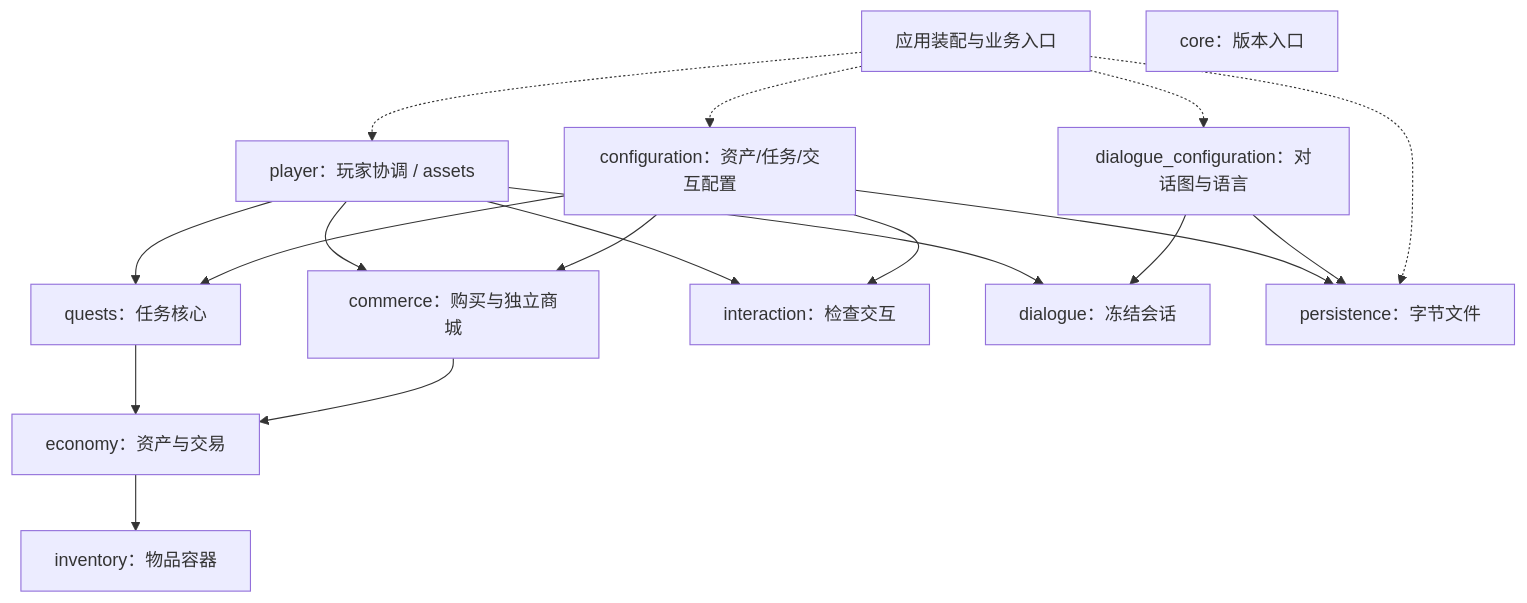
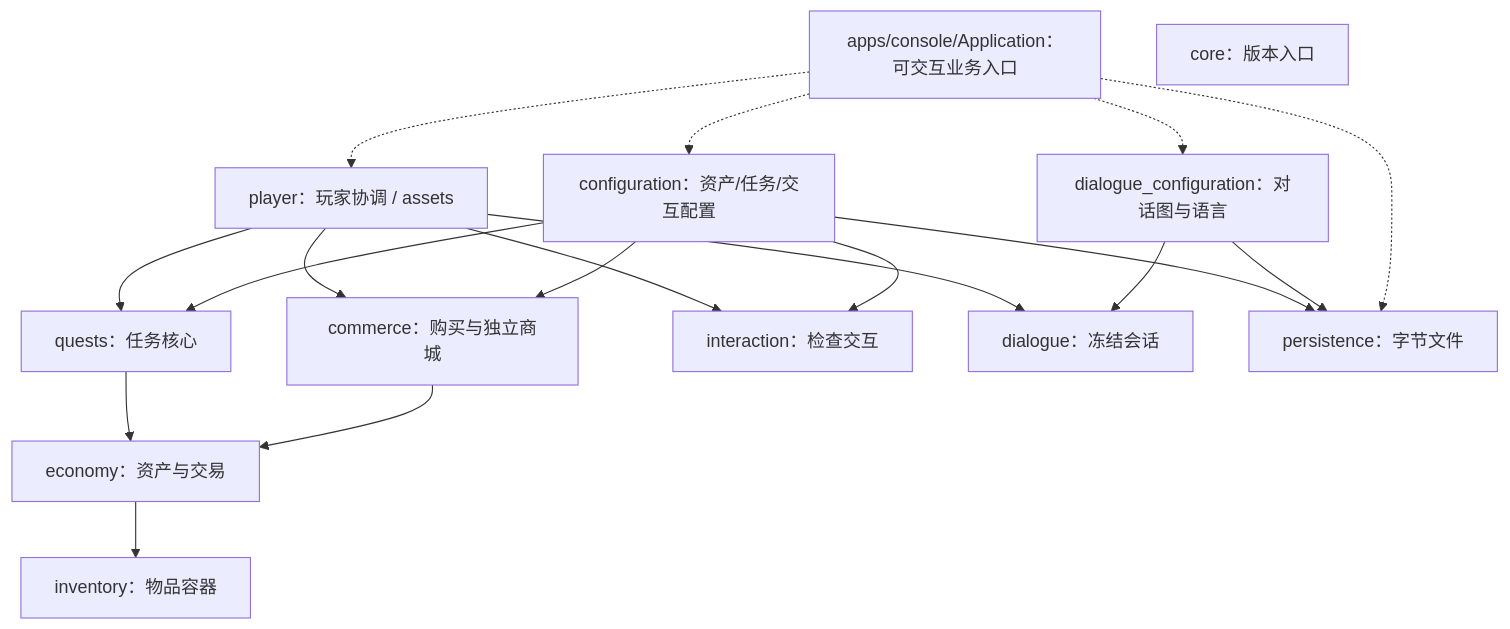
The first of 8 diagrams in docs/architecture-details.md (Cheems-life/game-systems-toolkit), drawn with Mermaid before and after one commit. The commit also changed other lines of this file and 22 other files, not shown here.

Commit message:
feat: add playable console application for complete player flow

````diff
--- a/docs/architecture-details.md
+++ b/docs/architecture-details.md
@@ -11,32 +11,32 @@
 ```mermaid
 flowchart TB
-    App["应用装配与业务入口"]
+    App["apps/console/Application：可交互业务入口"]
     P["player：玩家协调 / assets"]
     Q["quests：任务核心"]
     C["commerce：购买与独立商城"]
     IT["interaction：检查交互"]
     D["dialogue：冻结会话"]
     E["economy：资产与交易"]
     I["inventory：物品容器"]
     CFG["configuration：资产/任务/交互配置"]
     DCFG["dialogue_configuration：对话图与语言"]
     FS["persistence：字节文件"]
     Core["core：版本入口"]
     P --> Q
     P --> C
     P --> IT
     P --> D
     Q --> E
     C --> E
     E --> I
     CFG --> Q
     CFG --> C
     CFG --> IT
     CFG --> FS
     DCFG --> D
     DCFG --> FS
     App -.-> P
     App -.-> CFG
     App -.-> DCFG
     App -.-> FS
 ```
````
